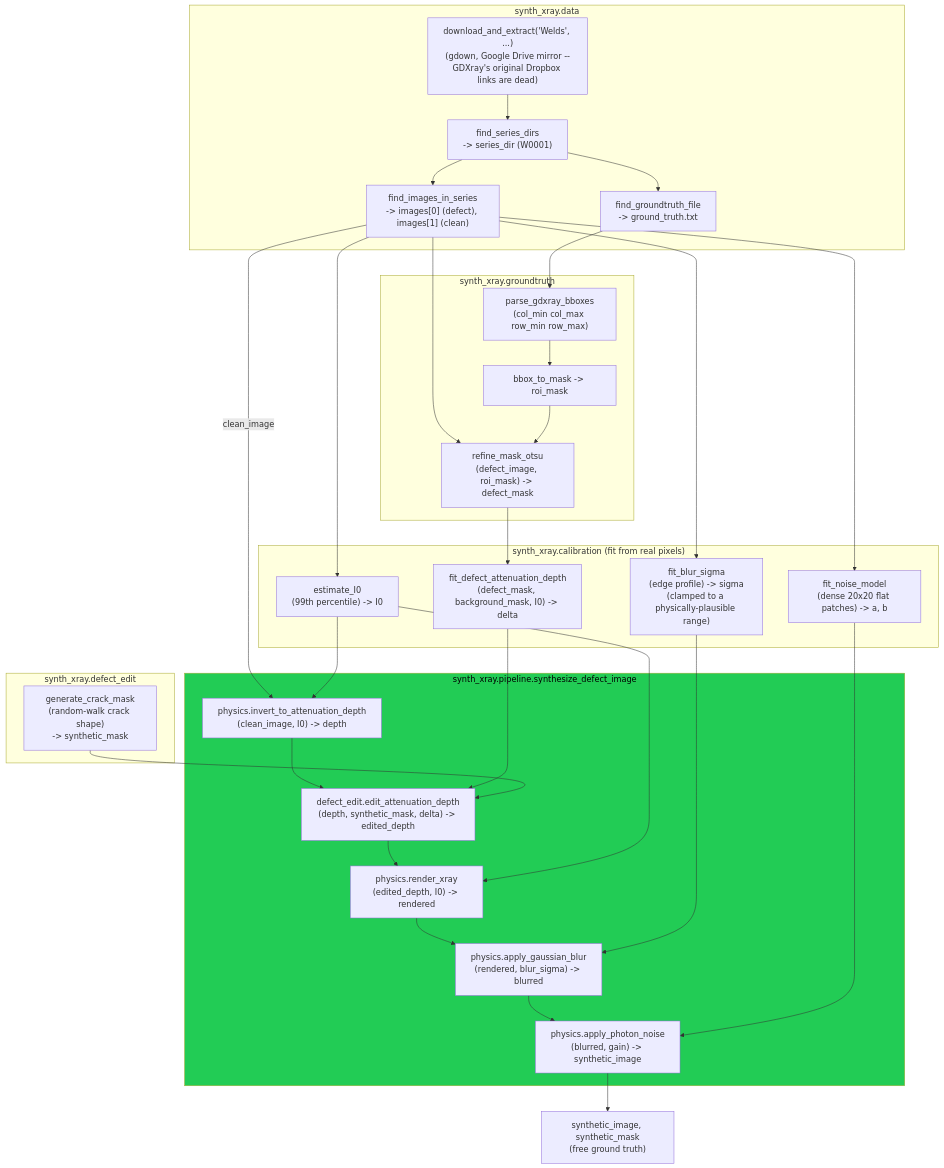
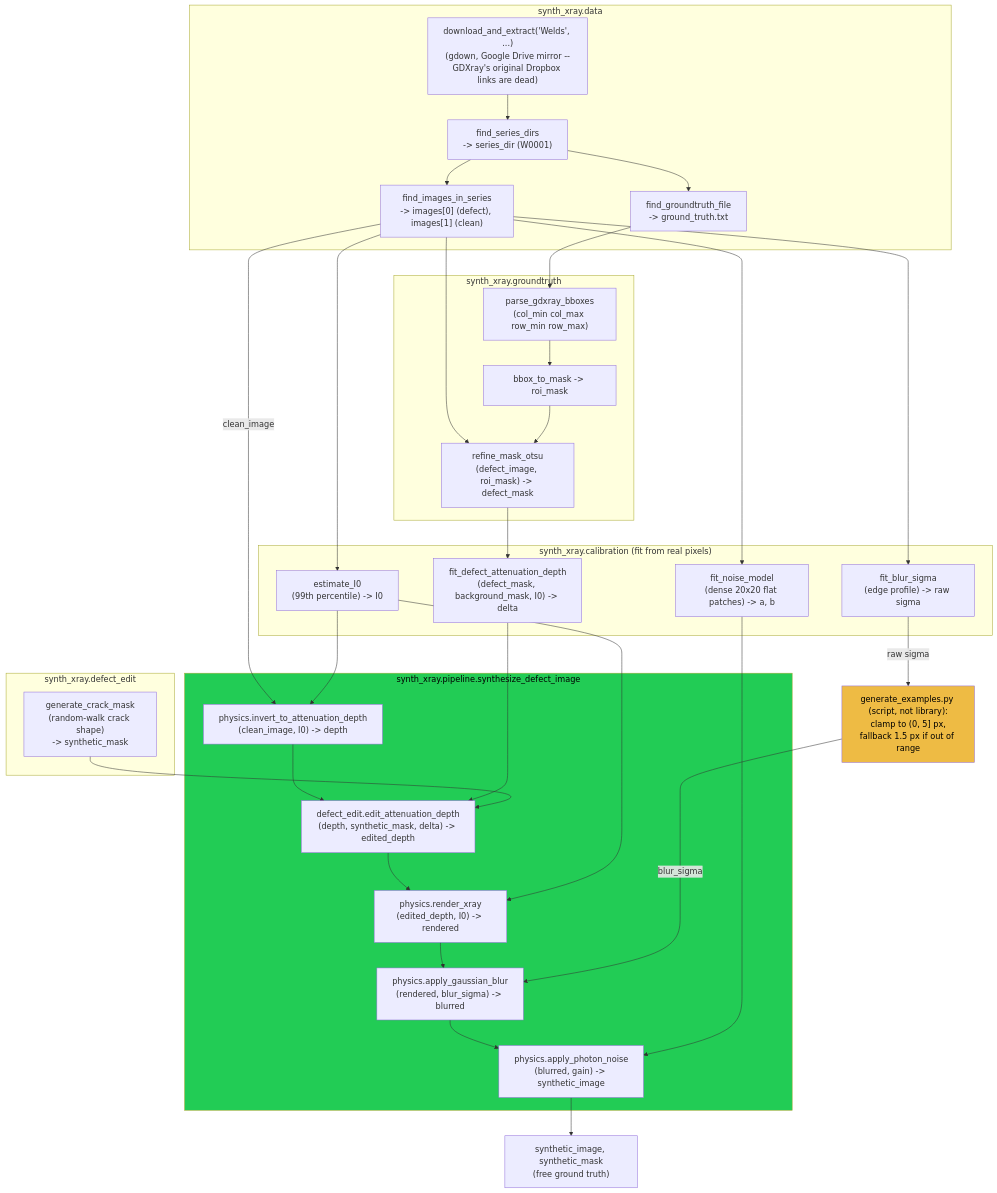
One commit to HasanGoni/quarto_blog_hasan changed the diagram in posts/series/synthetic-data/01-physics-based-xray-simulation.qmd. Above: the diagram before and after it, drawn with Mermaid.

Commit message:
Fix Task 10 review finding: diagram misattributed blur-sigma clamp to calibration.py
fit_blur_sigma() in synth_xray/calibration.py only fits a raw sigma; the
(0, 5] px clamp and 1.5 px fallback actually live in generate_examples.py
(script-level, not library code). Moved the clamp out of the CALIBRATION
subgraph into its own CLAMP node explicitly labeled as script logic, so the
diagram no longer implies the library function does the clamping.

````diff
--- a/posts/series/synthetic-data/01-physics-based-xray-simulation.qmd
+++ b/posts/series/synthetic-data/01-physics-based-xray-simulation.qmd
@@ -114,47 +114,50 @@
 ```{mermaid}
 flowchart TB
     subgraph DATA["synth_xray.data"]
         DL["download_and_extract('Welds', ...)\n(gdown, Google Drive mirror --\nGDXray's original Dropbox links are dead)"]
         DL --> SD["find_series_dirs\n-> series_dir (W0001)"]
         SD --> GT["find_groundtruth_file\n-> ground_truth.txt"]
         SD --> IMGS["find_images_in_series\n-> images[0] (defect), images[1] (clean)"]
     end
 
     subgraph GROUNDTRUTH["synth_xray.groundtruth"]
         GT --> PB["parse_gdxray_bboxes\n(col_min col_max row_min row_max)"]
         PB --> BM["bbox_to_mask -> roi_mask"]
         IMGS --> RO["refine_mask_otsu\n(defect_image, roi_mask) -> defect_mask"]
         BM --> RO
     end
 
     subgraph CALIBRATION["synth_xray.calibration (fit from real pixels)"]
         IMGS --> I0["estimate_I0\n(99th percentile) -> I0"]
         RO --> DELTA["fit_defect_attenuation_depth\n(defect_mask, background_mask, I0) -> delta"]
         IMGS --> NOISE["fit_noise_model\n(dense 20x20 flat patches) -> a, b"]
-        IMGS --> BLUR["fit_blur_sigma\n(edge profile) -> sigma\n(clamped to a physically-plausible range)"]
+        IMGS --> BLUR["fit_blur_sigma\n(edge profile) -> raw sigma"]
     end
+
+    BLUR -->|"raw sigma"| CLAMP["generate_examples.py (script, not library):\nclamp to (0, 5] px,\nfallback 1.5 px if out of range"]
 
     subgraph EDIT["synth_xray.defect_edit"]
         CRACK["generate_crack_mask\n(random-walk crack shape)\n-> synthetic_mask"]
     end
 
     subgraph PIPELINE["synth_xray.pipeline.synthesize_defect_image"]
         INV["physics.invert_to_attenuation_depth\n(clean_image, I0) -> depth"]
         EDITD["defect_edit.edit_attenuation_depth\n(depth, synthetic_mask, delta) -> edited_depth"]
         REND["physics.render_xray\n(edited_depth, I0) -> rendered"]
         BLURF["physics.apply_gaussian_blur\n(rendered, blur_sigma) -> blurred"]
         NOISEF["physics.apply_photon_noise\n(blurred, gain) -> synthetic_image"]
         INV --> EDITD --> REND --> BLURF --> NOISEF
     end
 
     IMGS -->|clean_image| INV
     I0 --> INV
     I0 --> REND
     DELTA --> EDITD
     CRACK --> EDITD
     NOISE --> NOISEF
-    BLUR --> BLURF
+    CLAMP -->|blur_sigma| BLURF
     NOISEF --> OUT["synthetic_image, synthetic_mask\n(free ground truth)"]
 
     style PIPELINE fill:#2c5,color:#000
+    style CLAMP fill:#eb4,color:#000
 ```
````
